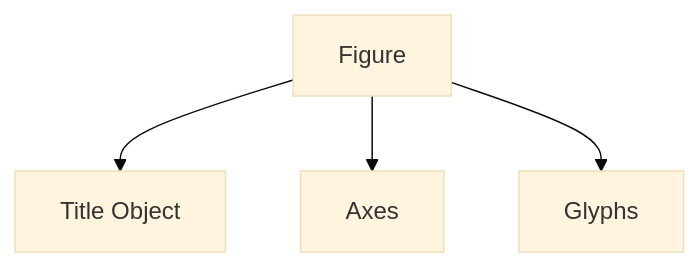
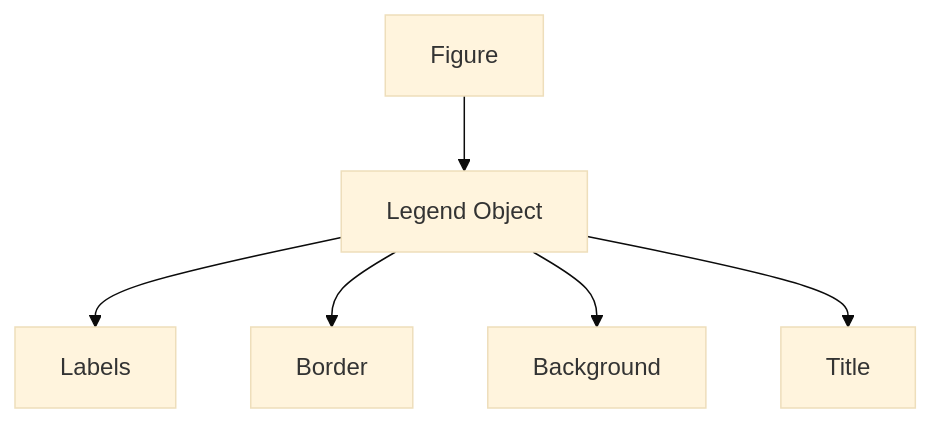
The diagram in Trimester 1/Data Visualization & Storytelling/W10 - Module 4c. Python Bokeh package/L29/Decorating the Visuals/Internal Structure.md (Balasubramanian-pg/MSC.-Data-Science-AI), drawn with Mermaid (base theme) before and after one commit.

Commit message:
Add split section: Internal Structure

````diff
--- a/Trimester 1/Data Visualization & Storytelling/W10 - Module 4c. Python Bokeh package/L29/Decorating the Visuals/Internal Structure.md
+++ b/Trimester 1/Data Visualization & Storytelling/W10 - Module 4c. Python Bokeh package/L29/Decorating the Visuals/Internal Structure.md
@@ -3,7 +3,11 @@
 ```mermaid
 flowchart TD
     A[Figure]
-    A --> B[Title Object]
-    A --> C[Axes]
-    A --> D[Glyphs]
+    
+    A --> B[Legend Object]
+
+    B --> C[Labels]
+    B --> D[Border]
+    B --> E[Background]
+    B --> F[Title]
 ```
````
